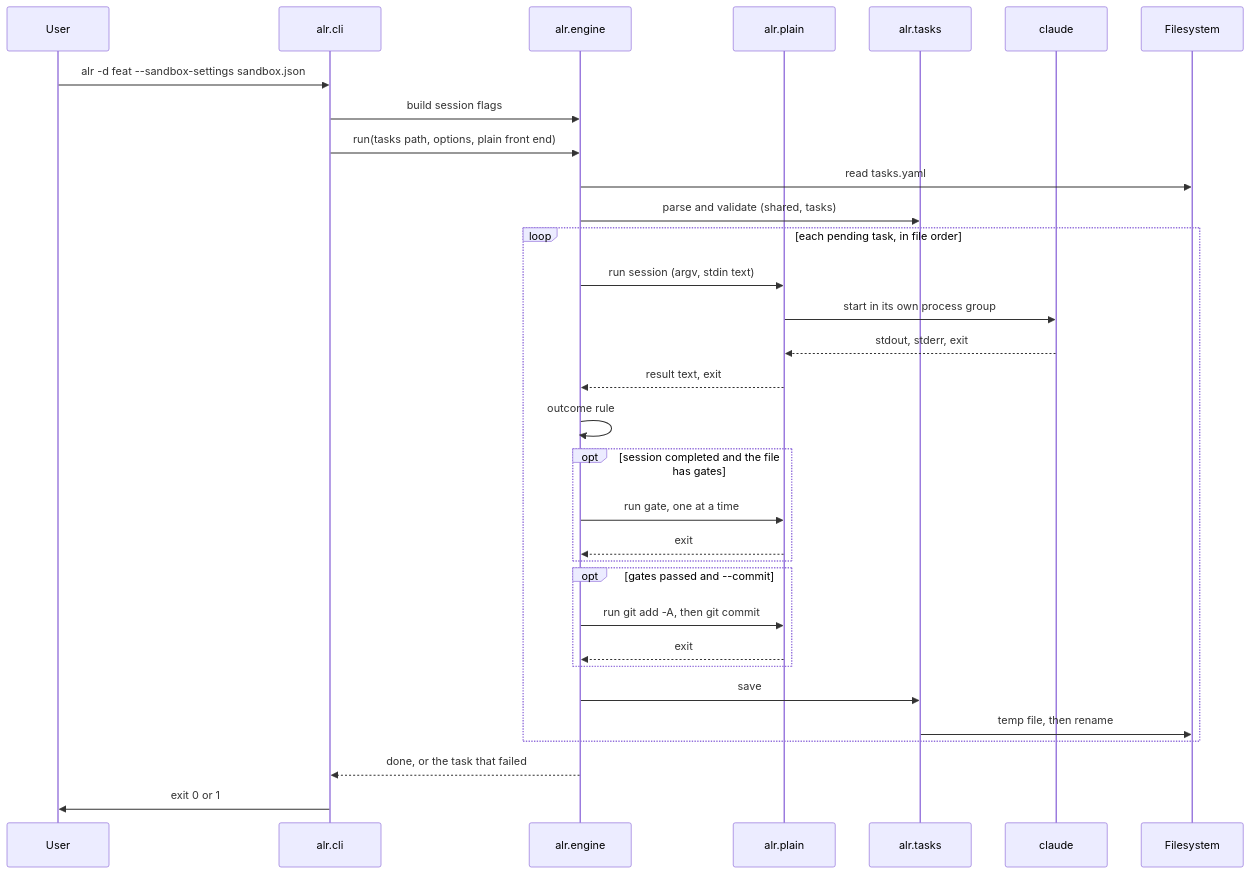
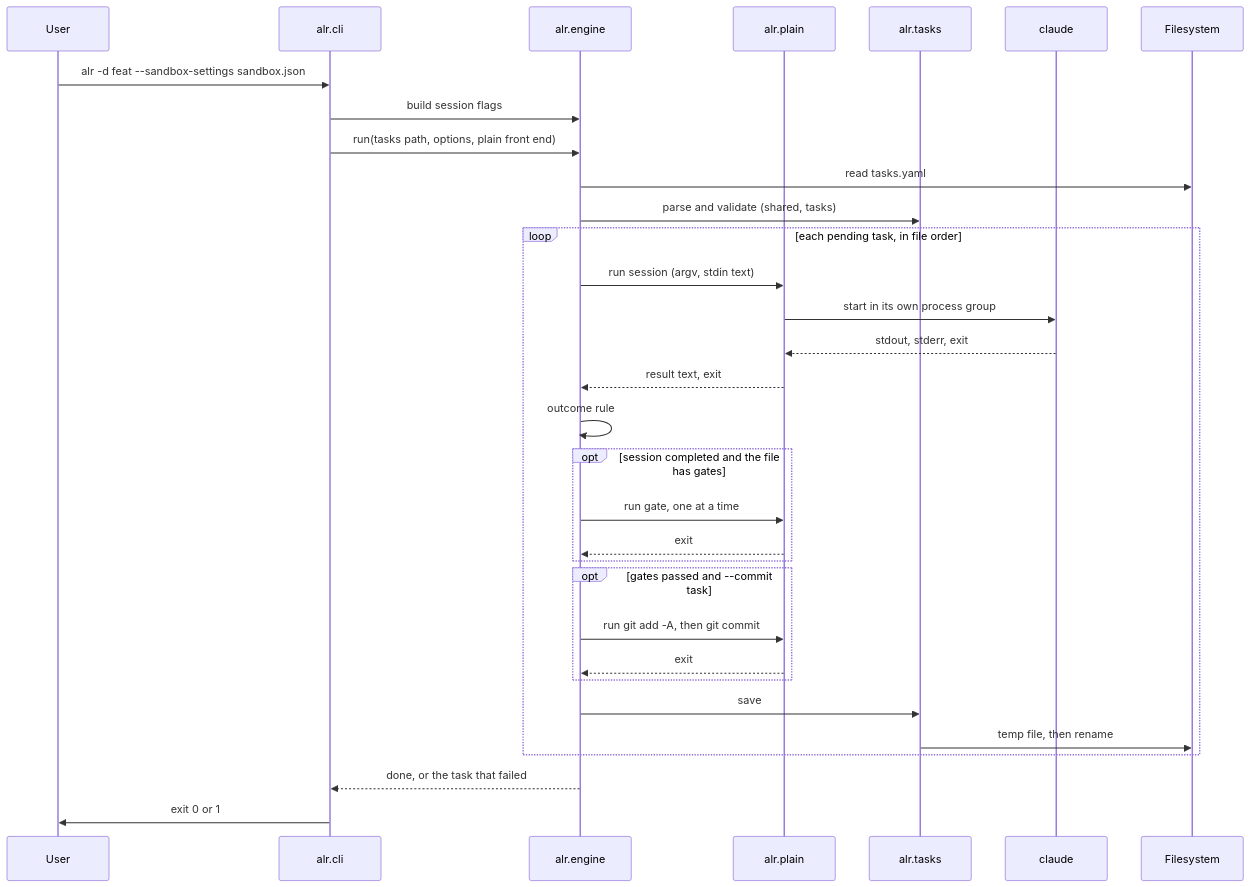
Before and after one commit to twistingmercury/agentic_loop_runner: the third of 5 diagrams in docs/design/03_system_architecture.md, drawn with Mermaid. The commit also changed other lines of this file and 31 other files, not shown here.

First line of the commit message:
Replace the commit flags with one --commit none|task|run, and show the OS and architecture in --version (#10)

````diff
--- a/docs/design/03_system_architecture.md
+++ b/docs/design/03_system_architecture.md
@@ -376,35 +383,35 @@
 ```mermaid
 %%{init: {"themeVariables": {"actorTextColor": "#000000"}}}%%
 sequenceDiagram
     participant User
     participant CLI as alr.cli
     participant Engine as alr.engine
     participant Plain as alr.plain
     participant Tasks as alr.tasks
     participant Claude as claude
     participant FS as Filesystem
     User ->> CLI: alr -d feat --sandbox-settings sandbox.json
     CLI ->> Engine: build session flags
     CLI ->> Engine: run(tasks path, options, plain front end)
     Engine ->> FS: read tasks.yaml
     Engine ->> Tasks: parse and validate (shared, tasks)
     loop each pending task, in file order
         Engine ->> Plain: run session (argv, stdin text)
         Plain ->> Claude: start in its own process group
         Claude -->> Plain: stdout, stderr, exit
         Plain -->> Engine: result text, exit
         Engine ->> Engine: outcome rule
         opt session completed and the file has gates
             Engine ->> Plain: run gate, one at a time
             Plain -->> Engine: exit
         end
-        opt gates passed and --commit
+        opt gates passed and --commit task
             Engine ->> Plain: run git add -A, then git commit
             Plain -->> Engine: exit
         end
         Engine ->> Tasks: save
         Tasks ->> FS: temp file, then rename
     end
     Engine -->> CLI: done, or the task that failed
     CLI ->> User: exit 0 or 1
 ```
````
